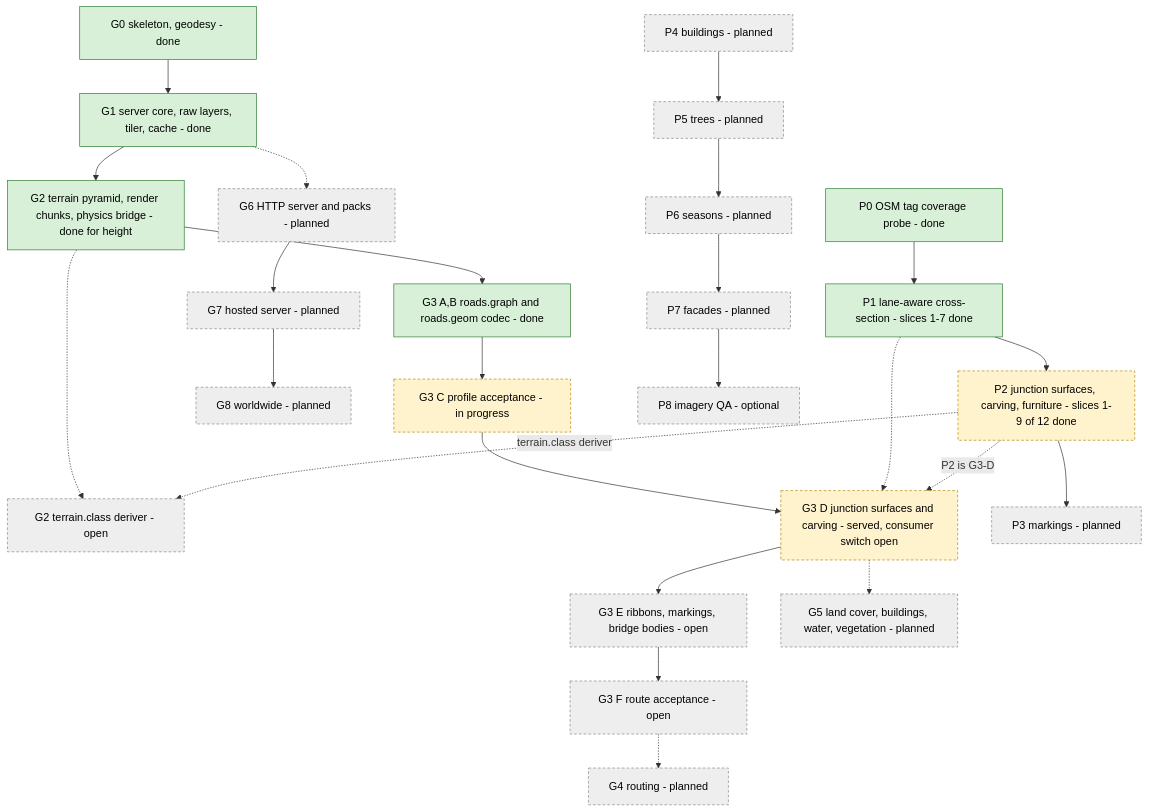
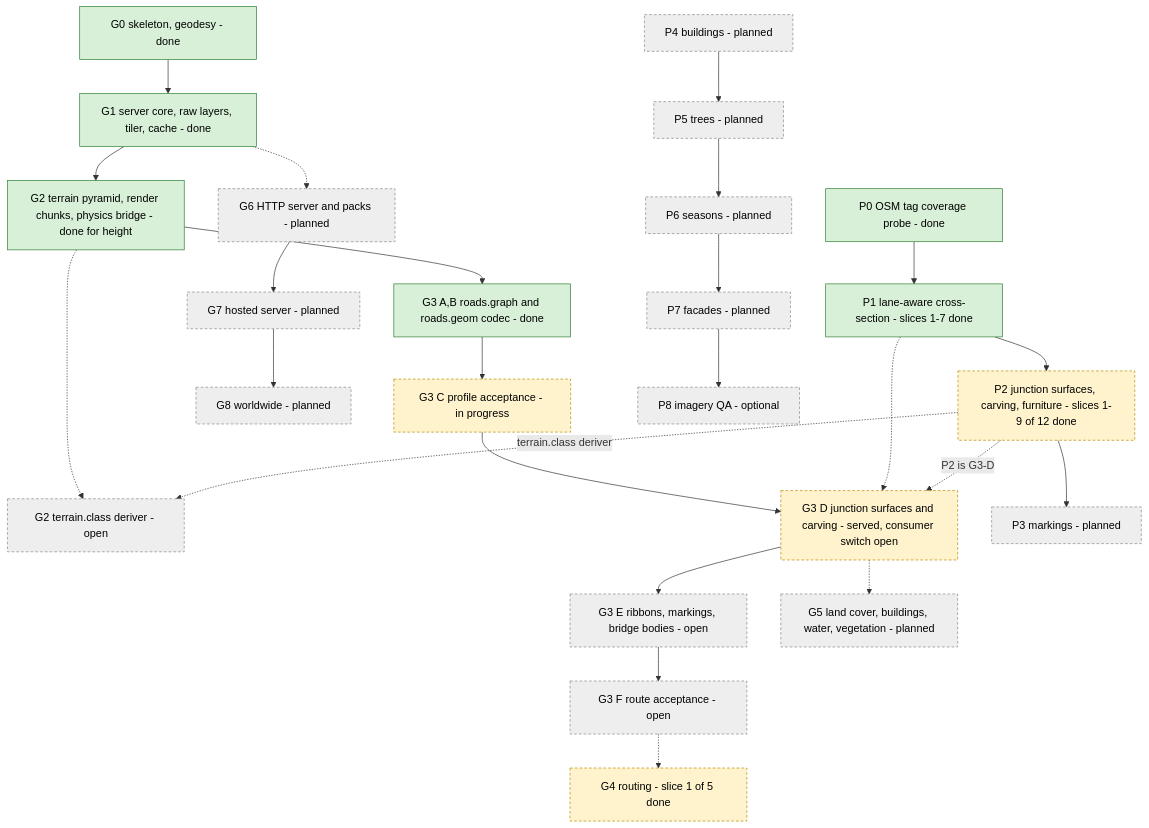
The fourth of 4 diagrams in docs/pipeline/README.md (SebastianDanielFrenz/geo2map_engine), drawn with Mermaid before and after one commit. The commit also changed other lines of this file and 15 other files, not shown here.

````diff
--- a/docs/pipeline/README.md
+++ b/docs/pipeline/README.md
@@ -287,44 +287,44 @@
 ```mermaid
 flowchart TB
   G0["G0 skeleton, geodesy - done"]
   G1["G1 server core, raw layers, tiler, cache - done"]
   G2["G2 terrain pyramid, render chunks, physics bridge - done for height"]
   G2C["G2 terrain.class deriver - open"]
   G3A["G3 A,B roads.graph and roads.geom codec - done"]
   G3C["G3 C profile acceptance - in progress"]
   G3D["G3 D junction surfaces and carving - served, consumer switch open"]
   G3E["G3 E ribbons, markings, bridge bodies - open"]
   G3F["G3 F route acceptance - open"]
-  G4["G4 routing - planned"]
+  G4["G4 routing - slice 1 of 5 done"]
   G5["G5 land cover, buildings, water, vegetation - planned"]
   G6["G6 HTTP server and packs - planned"]
   G7["G7 hosted server - planned"]
   G8["G8 worldwide - planned"]
   P0["P0 OSM tag coverage probe - done"]
   P1["P1 lane-aware cross-section - slices 1-7 done"]
   P2["P2 junction surfaces, carving, furniture - slices 1-9 of 12 done"]
   P3["P3 markings - planned"]
   P4["P4 buildings - planned"]
   P5["P5 trees - planned"]
   P6["P6 seasons - planned"]
   P7["P7 facades - planned"]
   P8["P8 imagery QA - optional"]
 
   G0 --> G1 --> G2 --> G3A --> G3C --> G3D --> G3E --> G3F
   G2 -.-> G2C
   G3F -.-> G4
   G3D -.-> G5
   G1 -.-> G6 --> G7 --> G8
   P0 --> P1 --> P2 --> P3
   P1 -.-> G3D
   P2 -.->|"P2 is G3-D"| G3D
   P2 -.->|"terrain.class deriver"| G2C
   P4 --> P5 --> P6 --> P7 --> P8
 
   classDef done fill:#d8f0d8,stroke:#2e7d32,color:#000;
   classDef part fill:#fff3cd,stroke:#b58900,stroke-dasharray:4 3,color:#000;
   classDef plan fill:#eeeeee,stroke:#888888,stroke-dasharray:4 3,color:#000;
   class G0,G1,G2,G3A,P0,P1 done;
-  class G3C,G3D,P2 part;
-  class G2C,G3E,G3F,G4,G5,G6,G7,G8,P3,P4,P5,P6,P7,P8 plan;
+  class G3C,G3D,G4,P2 part;
+  class G2C,G3E,G3F,G5,G6,G7,G8,P3,P4,P5,P6,P7,P8 plan;
 ```
````
